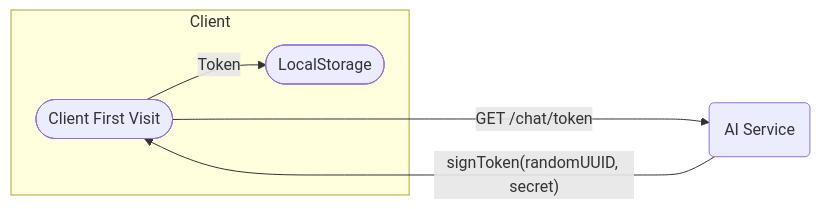
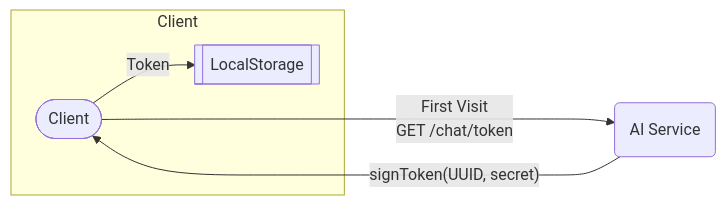
One commit to surmon-china/surmon.me.ai changed the third of 4 diagrams in ARCHITECTURE.zh-CN.md. Above: the diagram before and after it, drawn with Mermaid. The commit also changed other lines of this file, not shown here.

````diff
--- a/ARCHITECTURE.zh-CN.md
+++ b/ARCHITECTURE.zh-CN.md
@@ -131,9 +131,9 @@
 ```mermaid
 flowchart LR
-    Client(["Client First Visit"]) ----> |"GET /chat/token"| AIService("AI Service")
-    AIService ----> |"signToken(randomUUID, secret)"| Client
+    Client(["Client"]) ----> |"First Visit <br> GET /chat/token"| AIService("AI Service")
+    AIService ----> |"signToken(UUID, secret)"| Client
 
     subgraph C ["Client"]
-        Client --> |"Token"| localStorage(["LocalStorage"])
+        Client --> |"Token"| localStorage[["LocalStorage"]]
     end
 ```
````
